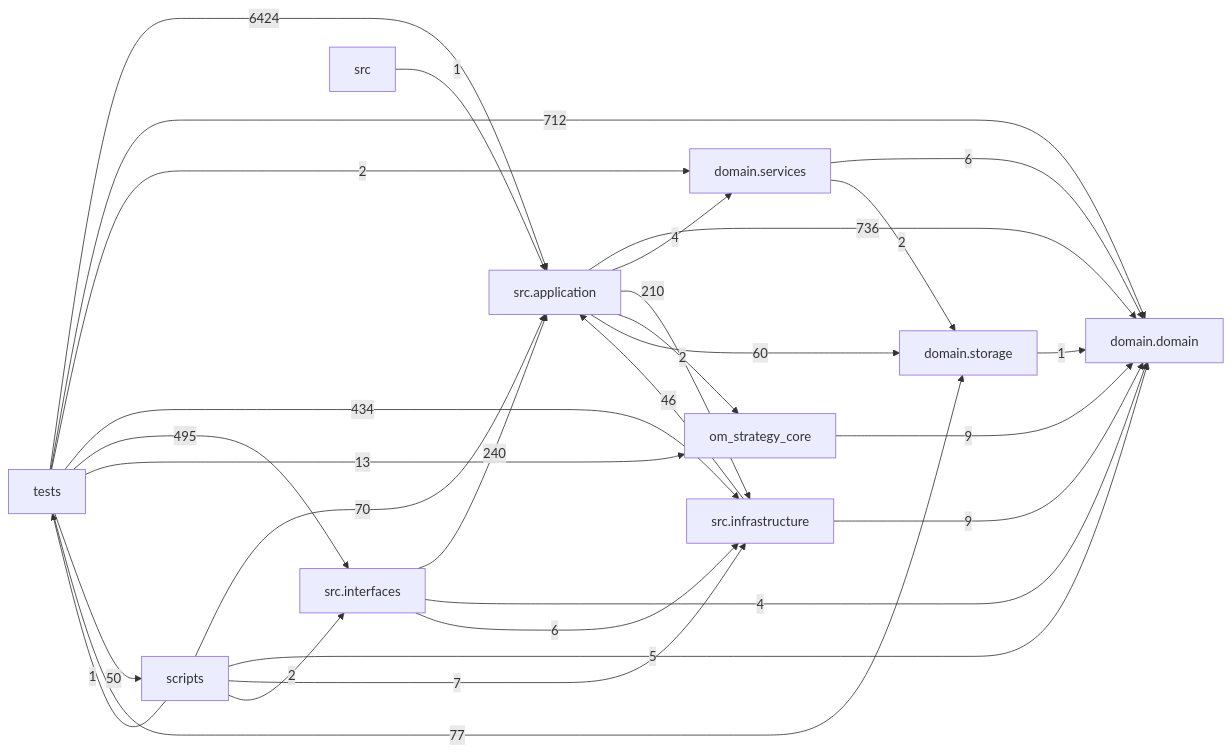
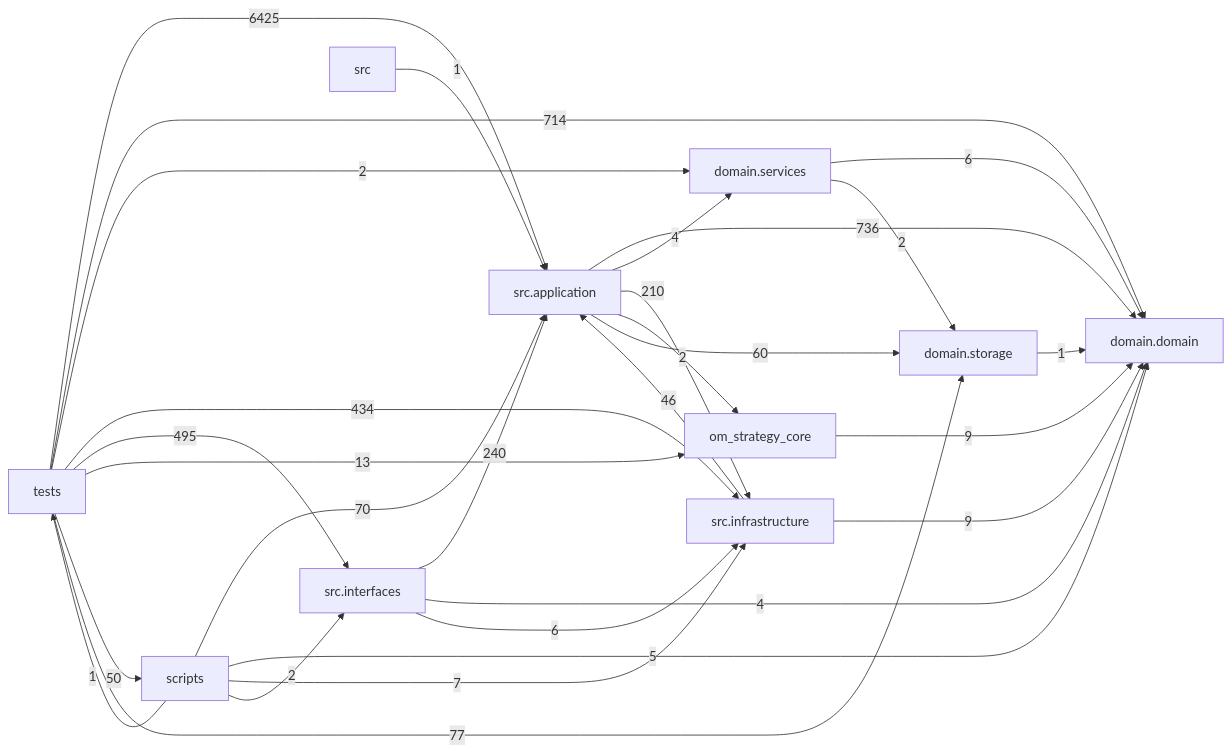
The diagram in docs/DEPENDENCY_GRAPH.md (liuxie066/options-monitor), drawn with Mermaid before and after one commit. The commit also changed other lines of this file and 5 other files, not shown here.

````diff
--- a/docs/DEPENDENCY_GRAPH.md
+++ b/docs/DEPENDENCY_GRAPH.md
@@ -24,39 +24,39 @@
 ```mermaid
 flowchart LR
   tests["tests"]
   scripts["scripts"]
   interfaces["src.interfaces"]
   application["src.application"]
   infrastructure["src.infrastructure"]
   domain_services["domain.services"]
   domain["domain.domain"]
   storage["domain.storage"]
   application -->|736| domain
   application -->|4| domain_services
   application -->|210| infrastructure
   application -->|2| om_strategy_core
   application -->|60| storage
   domain_services -->|6| domain
   domain_services -->|2| storage
   infrastructure -->|46| application
   infrastructure -->|9| domain
   interfaces -->|240| application
   interfaces -->|4| domain
   interfaces -->|6| infrastructure
   om_strategy_core -->|9| domain
   scripts -->|70| application
   scripts -->|5| domain
   scripts -->|7| infrastructure
   scripts -->|2| interfaces
   scripts -->|1| tests
   src -->|1| application
   storage -->|1| domain
-  tests -->|6424| application
-  tests -->|712| domain
+  tests -->|6425| application
+  tests -->|714| domain
   tests -->|2| domain_services
   tests -->|434| infrastructure
   tests -->|495| interfaces
   tests -->|13| om_strategy_core
   tests -->|50| scripts
   tests -->|77| storage
 ```
````
